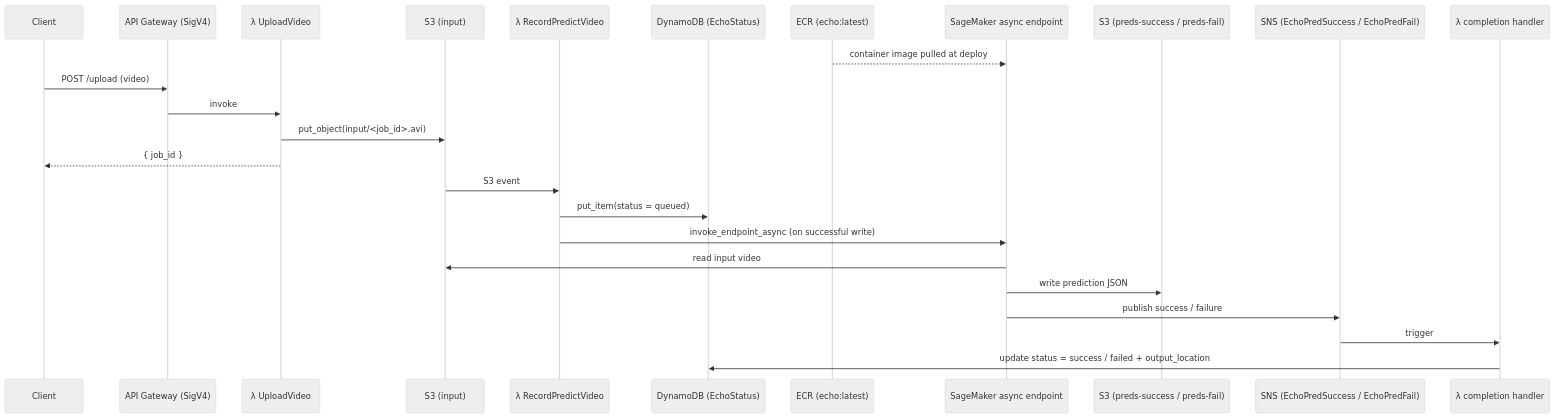
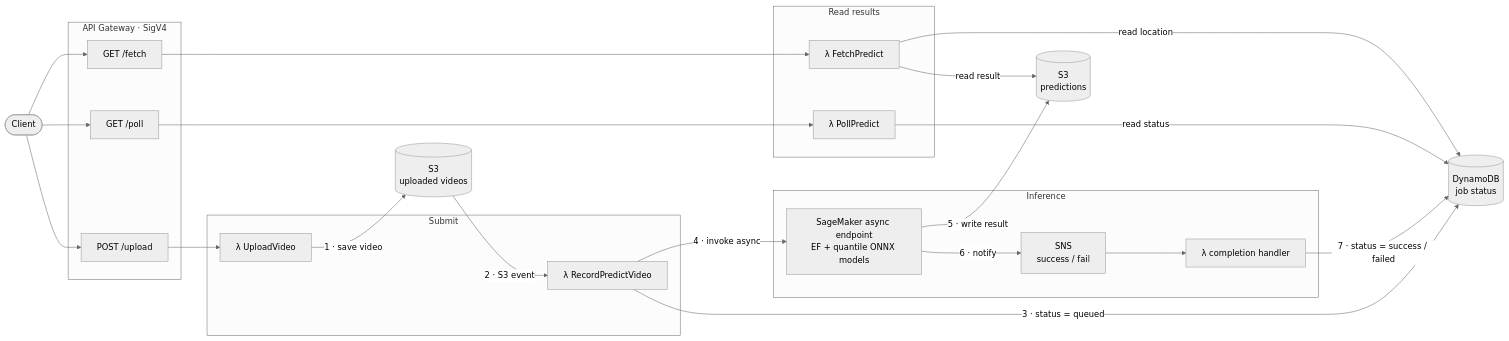
One commit to MattZackey/SERVE-DISTEF changed the diagram in README.md. Above: the diagram before and after it, drawn with Mermaid (neutral theme). The commit also changed other lines of this file and 5 other files, not shown here.

````diff
--- a/README.md
+++ b/README.md
@@ -10,28 +9,41 @@
 ```mermaid
-sequenceDiagram
-    participant C as Client
-    participant G as API Gateway (SigV4)
-    participant U as λ UploadVideo
-    participant SI as S3 (input)
-    participant R as λ RecordPredictVideo
-    participant D as DynamoDB (EchoStatus)
-    participant E as ECR (echo:latest)
-    participant M as SageMaker async endpoint
-    participant SO as S3 (preds-success / preds-fail)
-    participant N as SNS (EchoPredSuccess / EchoPredFail)
-    participant H as λ completion handler
+flowchart LR
+    C([Client])
 
-    E-->>M: container image pulled at deploy
-    C->>G: POST /upload (video)
-    G->>U: invoke
-    U->>SI: put_object(input/<job_id>.avi)
-    U-->>C: { job_id }
-    SI->>R: S3 event
-    R->>D: put_item(status = queued)
-    R->>M: invoke_endpoint_async (on successful write)
-    M->>SI: read input video
-    M->>SO: write prediction JSON
-    M->>N: publish success / failure
-    N->>H: trigger
-    H->>D: update status = success / failed + output_location
+    subgraph API["API Gateway · SigV4"]
+        UP["POST /upload"]
+        PO["GET /poll"]
+        FE["GET /fetch"]
+    end
+
+    subgraph Submit["Submit"]
+        U["λ UploadVideo"]
+        R["λ RecordPredictVideo"]
+    end
+
+    subgraph Infer["Inference"]
+        M["SageMaker async endpoint<br/>EF + quantile ONNX models"]
+        N["SNS<br/>success / fail"]
+        H["λ completion handler"]
+    end
+
+    subgraph Read["Read results"]
+        P["λ PollPredict"]
+        F["λ FetchPredict"]
+    end
+
+    SI[("S3<br/>uploaded videos")]
+    SO[("S3<br/>predictions")]
+    D[("DynamoDB<br/>job status")]
+
+    C --> UP --> U -->|"1 · save video"| SI
+    SI -->|"2 · S3 event"| R
+    R -->|"3 · status = queued"| D
+    R -->|"4 · invoke async"| M
+    M -->|"5 · write result"| SO
+    M -->|"6 · notify"| N --> H -->|"7 · status = success / failed"| D
+
+    C --> PO --> P -->|"read status"| D
+    C --> FE --> F -->|"read location"| D
+    F -->|"read result"| SO
 ```
````
